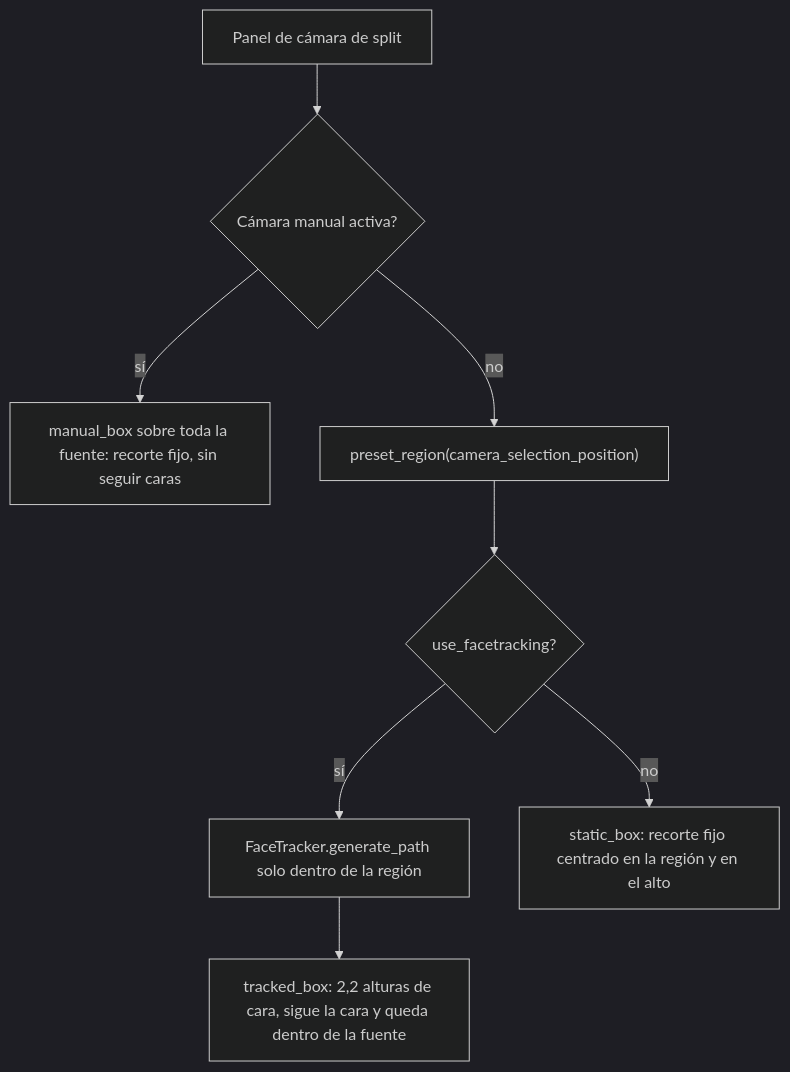
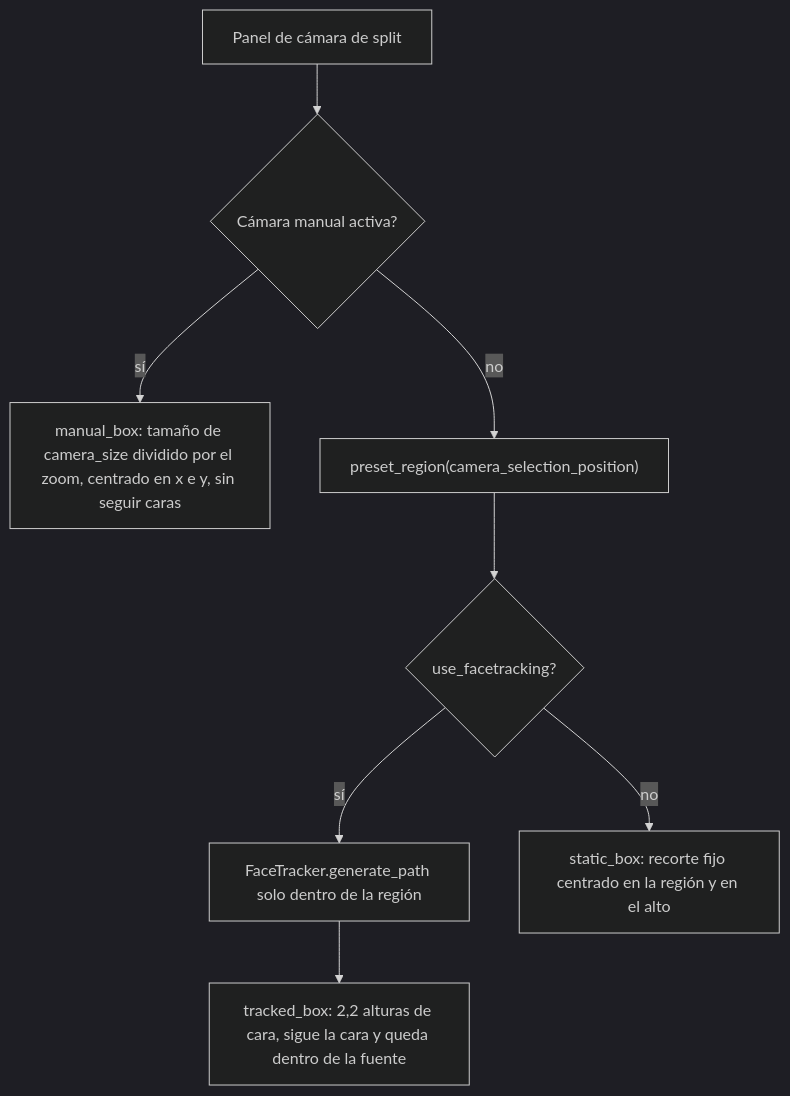
One commit to RomeKai/videoeditUTN changed the second of 4 diagrams in documents/ia/06-render-caras-y-hablante.md. Above: the diagram before and after it, drawn with Mermaid (dark theme). The commit also changed other lines of this file and 4 other files, not shown here.

First line of the commit message:
docs: encuadre de versus, zoom manual, alias layout y vista previa

````diff
--- a/documents/ia/06-render-caras-y-hablante.md
+++ b/documents/ia/06-render-caras-y-hablante.md
@@ -114,10 +114,10 @@
 ```mermaid
 flowchart TD
     A["Panel de cámara de split"] --> B{"Cámara manual activa?"}
-    B -- "sí" --> C["manual_box sobre toda la fuente: recorte fijo, sin seguir caras"]
+    B -- "sí" --> C["manual_box: tamaño de camera_size dividido por el zoom, centrado en x e y, sin seguir caras"]
     B -- "no" --> D["preset_region(camera_selection_position)"]
     D --> E{"use_facetracking?"}
     E -- "sí" --> F["FaceTracker.generate_path solo dentro de la región"]
     F --> G["tracked_box: 2,2 alturas de cara, sigue la cara y queda dentro de la fuente"]
     E -- "no" --> H["static_box: recorte fijo centrado en la región y en el alto"]
 ```
````
